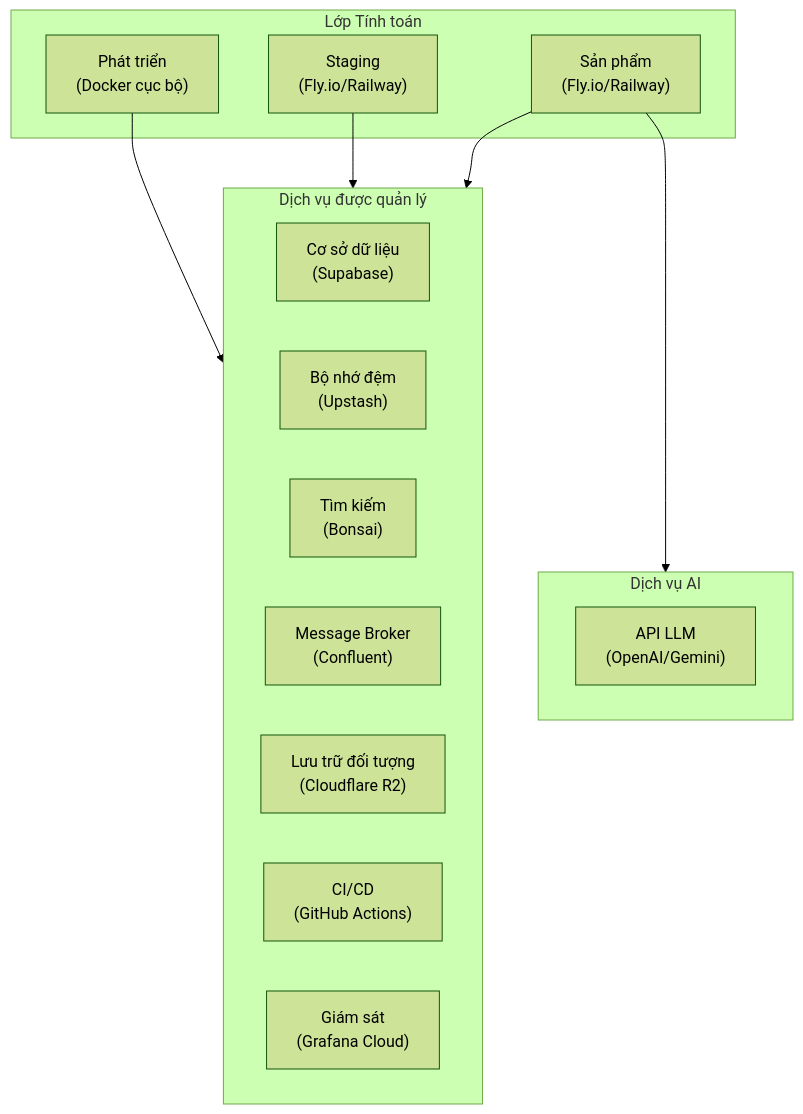
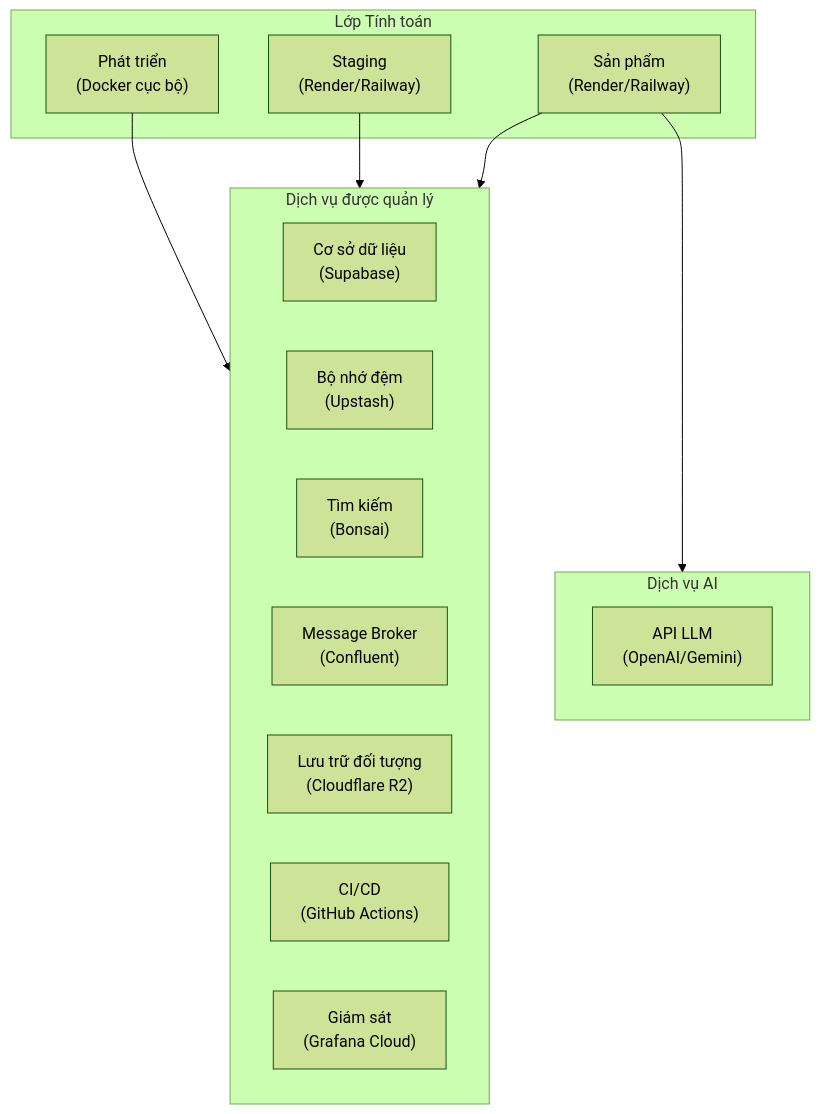
Before and after one commit to dut-pbl6-2026/job-platform-docs: the first of 5 diagrams in docs/srs/vi/9-infra-cost-analysis.vi.md, drawn with Mermaid (forest theme). The commit also changed other lines of this file and 11 other files, not shown here.

First line of the commit message:
docs: PBL6-16 backlog 1-2-3 + Fly→Render jp-* + 6 PG strict (#6)

````diff
--- a/docs/srs/vi/9-infra-cost-analysis.vi.md
+++ b/docs/srs/vi/9-infra-cost-analysis.vi.md
@@ -21,27 +21,27 @@
 ```mermaid
 flowchart TB
     subgraph Compute["Lớp Tính toán"]
         Dev["Phát triển<br/>(Docker cục bộ)"]
-        Staging["Staging<br/>(Fly.io/Railway)"]
-        Prod["Sản phẩm<br/>(Fly.io/Railway)"]
+        Staging["Staging<br/>(Render/Railway)"]
+        Prod["Sản phẩm<br/>(Render/Railway)"]
     end
 
     subgraph Services["Dịch vụ được quản lý"]
         DB["Cơ sở dữ liệu<br/>(Supabase)"]
         Cache["Bộ nhớ đệm<br/>(Upstash)"]
         Search["Tìm kiếm<br/>(Bonsai)"]
         Broker["Message Broker<br/>(Confluent)"]
         Storage["Lưu trữ đối tượng<br/>(Cloudflare R2)"]
         CI["CI/CD<br/>(GitHub Actions)"]
         Monitor["Giám sát<br/>(Grafana Cloud)"]
     end
 
     subgraph AI["Dịch vụ AI"]
         LLM["API LLM<br/>(OpenAI/Gemini)"]
     end
 
     Dev --> Services
     Staging --> Services
     Prod --> Services
     Prod --> AI
 ```
````
